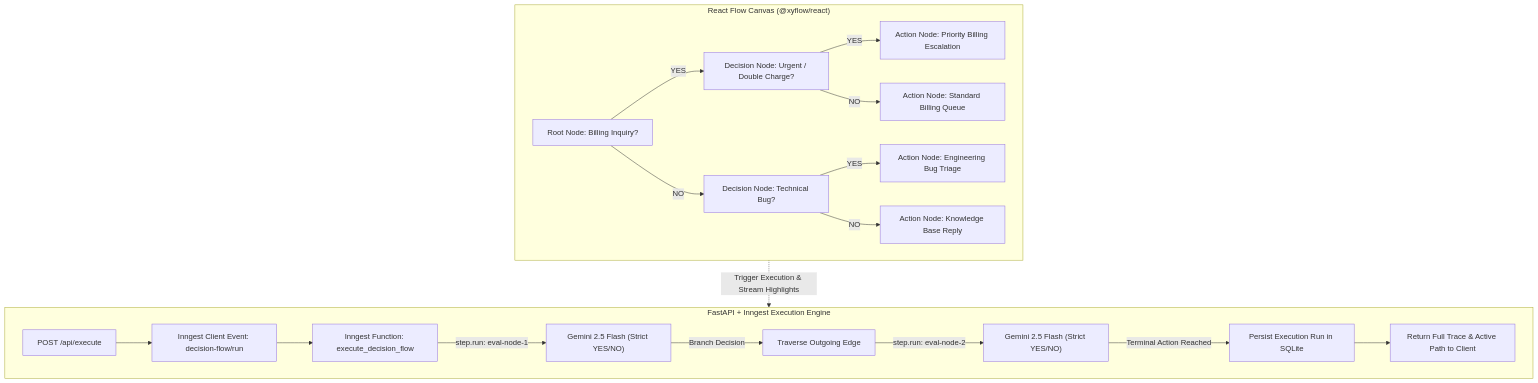
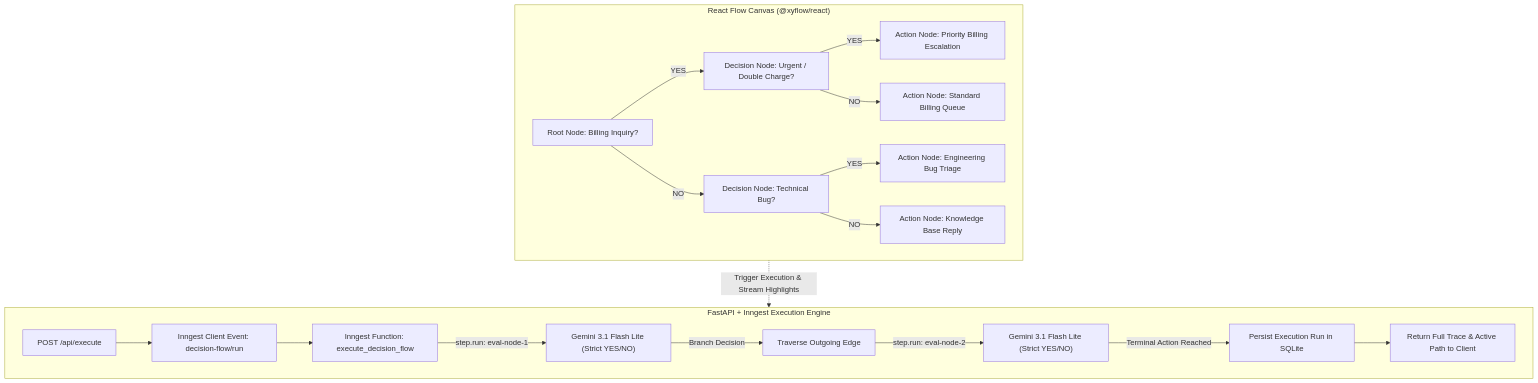
The diagram in assignment_9/README.md (msaad53407/flyrank_ai_backend_ai_engineering_internship), drawn with Mermaid before and after one commit. The commit also changed other lines of this file and 12 other files, not shown here.

Commit message:
Feat: Upgrade all Gemini models to gemini-3.1-flash-lite across assignment_7, assignment_9, and documentation

````diff
--- a/assignment_9/README.md
+++ b/assignment_9/README.md
@@ -11,23 +11,23 @@
 ```mermaid
 graph TD
     subgraph Frontend ["React Flow Canvas (@xyflow/react)"]
         A["Root Node: Billing Inquiry?"] -->|YES| B["Decision Node: Urgent / Double Charge?"]
         A -->|NO| C["Decision Node: Technical Bug?"]
         B -->|YES| D["Action Node: Priority Billing Escalation"]
         B -->|NO| E["Action Node: Standard Billing Queue"]
         C -->|YES| F["Action Node: Engineering Bug Triage"]
         C -->|NO| G["Action Node: Knowledge Base Reply"]
     end
 
     subgraph Backend ["FastAPI + Inngest Execution Engine"]
         H["POST /api/execute"] --> I["Inngest Client Event: decision-flow/run"]
         I --> J["Inngest Function: execute_decision_flow"]
-        J -->|step.run: eval-node-1| K["Gemini 2.5 Flash (Strict YES/NO)"]
+        J -->|step.run: eval-node-1| K["Gemini 3.1 Flash Lite (Strict YES/NO)"]
         K -->|Branch Decision| L["Traverse Outgoing Edge"]
-        L -->|step.run: eval-node-2| M["Gemini 2.5 Flash (Strict YES/NO)"]
+        L -->|step.run: eval-node-2| M["Gemini 3.1 Flash Lite (Strict YES/NO)"]
         M -->|Terminal Action Reached| N["Persist Execution Run in SQLite"]
         N --> O["Return Full Trace & Active Path to Client"]
     end
 
     Frontend -.->|Trigger Execution & Stream Highlights| Backend
 ```
````
